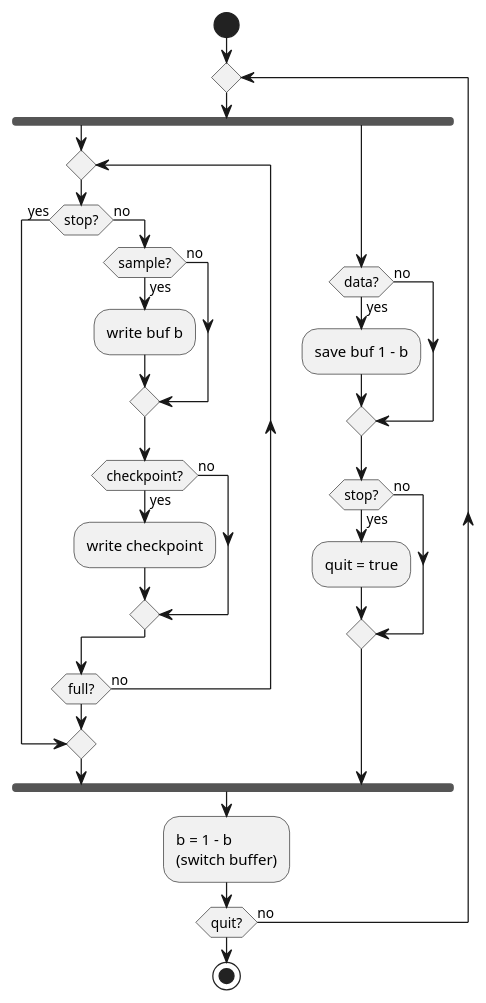
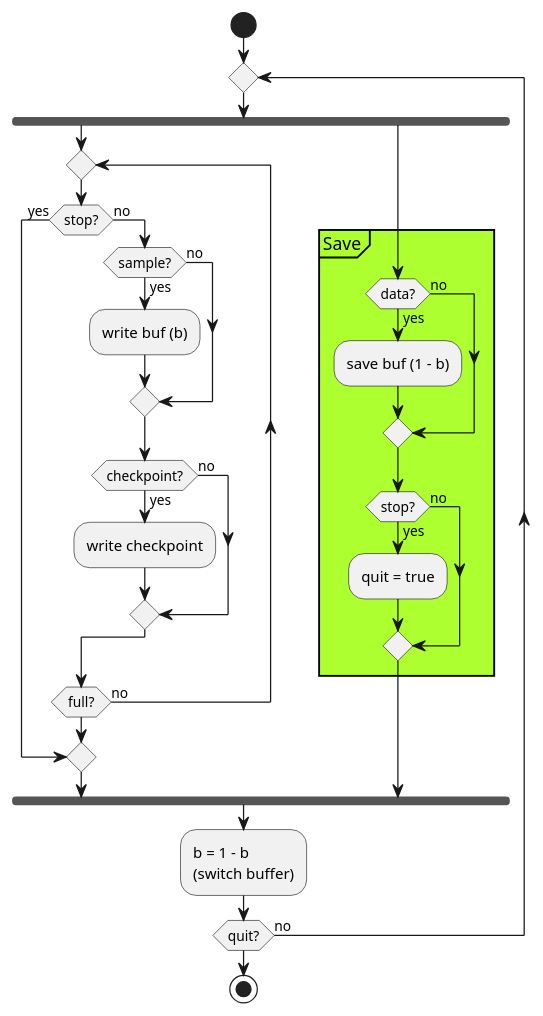
Before and after one commit to kghose/groho: the third of 3 diagrams in docs/uml/flowcharts.puml, drawn with PlantUML. The commit also changed 3 other files, not shown here.

```diff
--- a/docs/uml/flowcharts.puml
+++ b/docs/uml/flowcharts.puml
@@ -51,49 +51,48 @@
 @startuml serialize
 
 start 
 
 repeat
 
 fork
-
 repeat
 
   if (stop?) then (yes)
     break;
   else (no)
 
     if (sample?) then (yes)
-      :write buf b;
+      :write buf (b);
     else (no)
     endif
 
     if (checkpoint?) then (yes)
       :write checkpoint;
     else (no)
     endif
 
 
   endif
 
 repeat while(full?) is (no)
 
 fork again
-
+partition Save #GreenYellow{
   if (data?) then (yes)
-    :save buf 1 - b;
+    :save buf (1 - b);
   else (no)
   endif
 
   if (stop?) then (yes)
     :quit = true;
   else (no)
   endif
-
+}
 end fork
 
 :b = 1 - b\n(switch buffer);
 
 repeat while (quit?) is (no)
 
 stop
 @enduml
```
